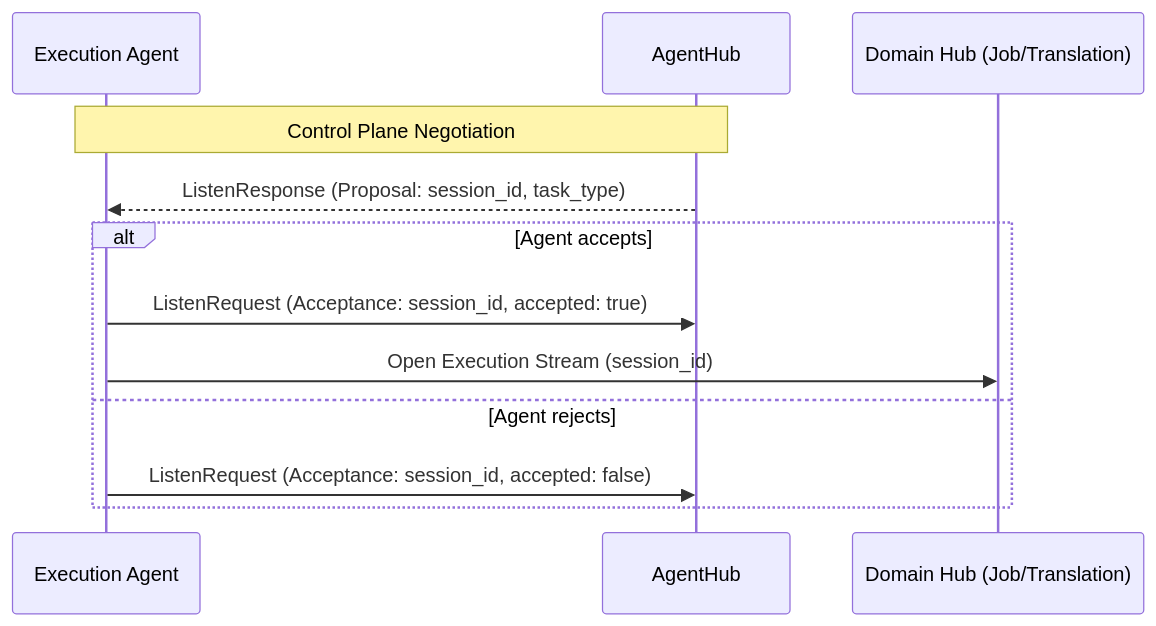
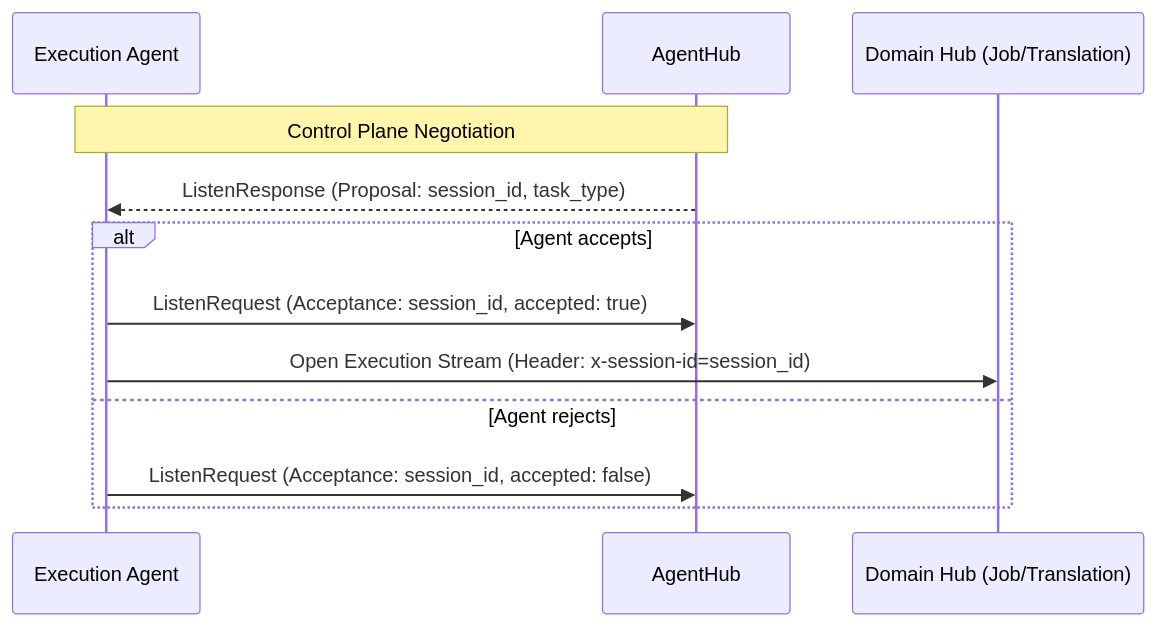
Before and after one commit to HSGamer/TestGenesis: the second of 3 diagrams in specification/PROTOCOL.md, drawn with Mermaid. The commit also changed other lines of this file and 8 other files, not shown here.

````diff
--- a/specification/PROTOCOL.md
+++ b/specification/PROTOCOL.md
@@ -47,15 +51,15 @@
 ```mermaid
 sequenceDiagram
     participant A as Execution Agent
     participant H as AgentHub
     participant EH as Domain Hub (Job/Translation)
 
     Note over A,H: Control Plane Negotiation
     H-->>A: ListenResponse (Proposal: session_id, task_type)
     alt Agent accepts
         A->>H: ListenRequest (Acceptance: session_id, accepted: true)
-        A->>EH: Open Execution Stream (session_id)
+        A->>EH: Open Execution Stream (Header: x-session-id=session_id)
     else Agent rejects
         A->>H: ListenRequest (Acceptance: session_id, accepted: false)
     end
 ```
````
